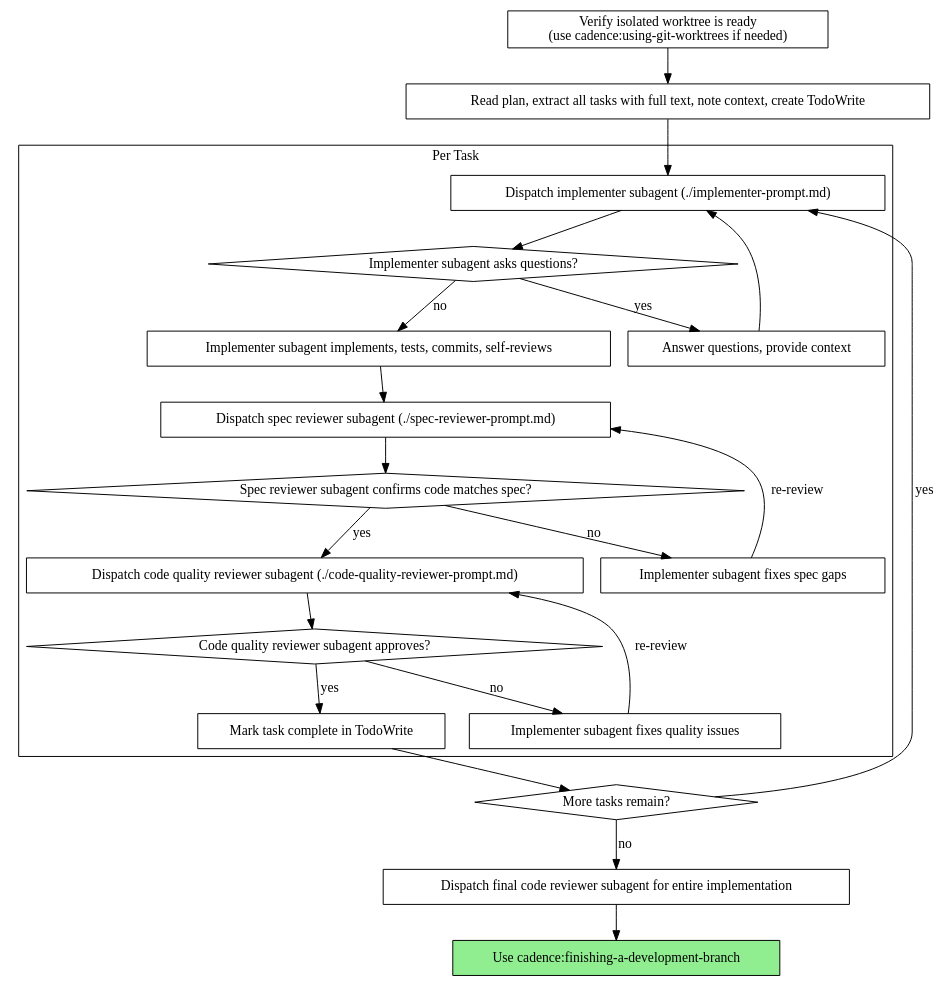
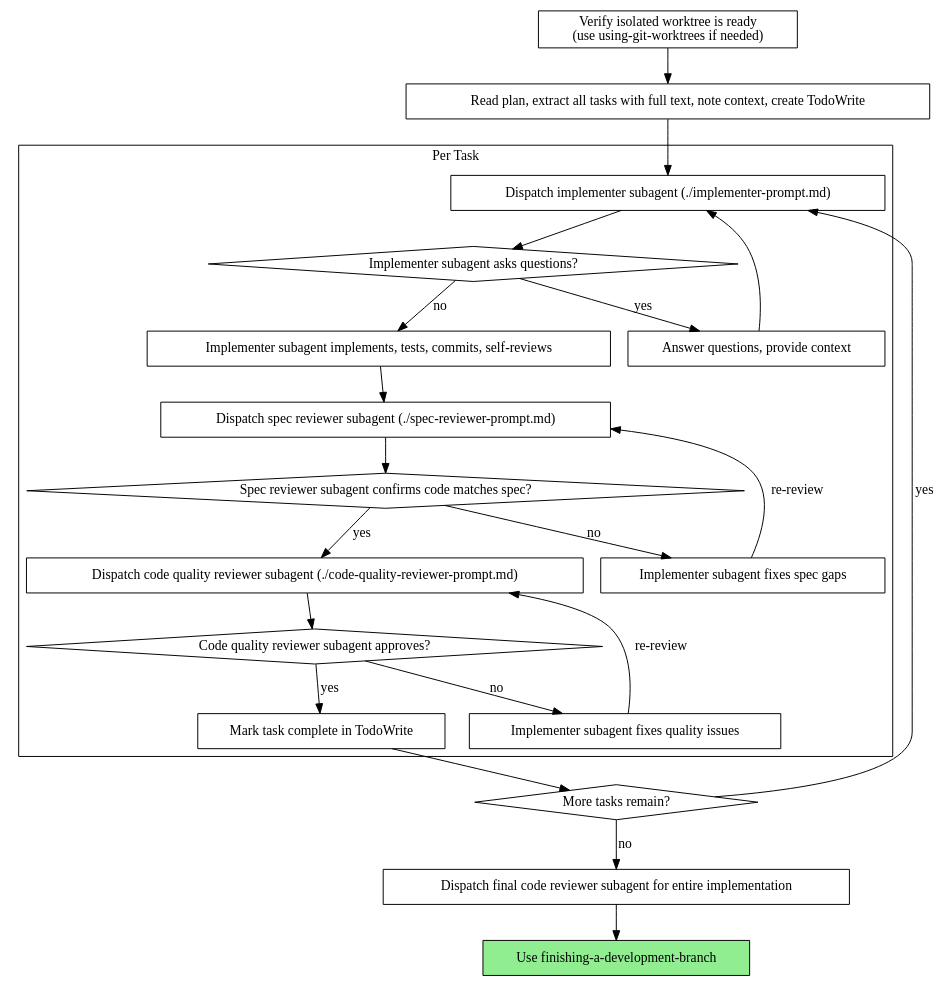
Before and after one commit to zephyrflow97/cadence: the second of 2 diagrams in skills/subagent-driven-development/SKILL.md, drawn with Graphviz. The commit also changed other lines of this file and 13 other files, not shown here.

````diff
--- a/skills/subagent-driven-development/SKILL.md
+++ b/skills/subagent-driven-development/SKILL.md
@@ -34,46 +34,46 @@
 ```dot
 digraph process {
     rankdir=TB;
 
     subgraph cluster_per_task {
         label="Per Task";
         "Dispatch implementer subagent (./implementer-prompt.md)" [shape=box];
         "Implementer subagent asks questions?" [shape=diamond];
         "Answer questions, provide context" [shape=box];
         "Implementer subagent implements, tests, commits, self-reviews" [shape=box];
         "Dispatch spec reviewer subagent (./spec-reviewer-prompt.md)" [shape=box];
         "Spec reviewer subagent confirms code matches spec?" [shape=diamond];
         "Implementer subagent fixes spec gaps" [shape=box];
         "Dispatch code quality reviewer subagent (./code-quality-reviewer-prompt.md)" [shape=box];
         "Code quality reviewer subagent approves?" [shape=diamond];
         "Implementer subagent fixes quality issues" [shape=box];
         "Mark task complete in TodoWrite" [shape=box];
     }
 
-    "Verify isolated worktree is ready\n(use cadence:using-git-worktrees if needed)" [shape=box];
+    "Verify isolated worktree is ready\n(use using-git-worktrees if needed)" [shape=box];
     "Read plan, extract all tasks with full text, note context, create TodoWrite" [shape=box];
     "More tasks remain?" [shape=diamond];
     "Dispatch final code reviewer subagent for entire implementation" [shape=box];
-    "Use cadence:finishing-a-development-branch" [shape=box style=filled fillcolor=lightgreen];
+    "Use finishing-a-development-branch" [shape=box style=filled fillcolor=lightgreen];
 
-    "Verify isolated worktree is ready\n(use cadence:using-git-worktrees if needed)" -> "Read plan, extract all tasks with full text, note context, create TodoWrite";
+    "Verify isolated worktree is ready\n(use using-git-worktrees if needed)" -> "Read plan, extract all tasks with full text, note context, create TodoWrite";
     "Read plan, extract all tasks with full text, note context, create TodoWrite" -> "Dispatch implementer subagent (./implementer-prompt.md)";
     "Dispatch implementer subagent (./implementer-prompt.md)" -> "Implementer subagent asks questions?";
     "Implementer subagent asks questions?" -> "Answer questions, provide context" [label="yes"];
     "Answer questions, provide context" -> "Dispatch implementer subagent (./implementer-prompt.md)";
     "Implementer subagent asks questions?" -> "Implementer subagent implements, tests, commits, self-reviews" [label="no"];
     "Implementer subagent implements, tests, commits, self-reviews" -> "Dispatch spec reviewer subagent (./spec-reviewer-prompt.md)";
     "Dispatch spec reviewer subagent (./spec-reviewer-prompt.md)" -> "Spec reviewer subagent confirms code matches spec?";
     "Spec reviewer subagent confirms code matches spec?" -> "Implementer subagent fixes spec gaps" [label="no"];
     "Implementer subagent fixes spec gaps" -> "Dispatch spec reviewer subagent (./spec-reviewer-prompt.md)" [label="re-review"];
     "Spec reviewer subagent confirms code matches spec?" -> "Dispatch code quality reviewer subagent (./code-quality-reviewer-prompt.md)" [label="yes"];
     "Dispatch code quality reviewer subagent (./code-quality-reviewer-prompt.md)" -> "Code quality reviewer subagent approves?";
     "Code quality reviewer subagent approves?" -> "Implementer subagent fixes quality issues" [label="no"];
     "Implementer subagent fixes quality issues" -> "Dispatch code quality reviewer subagent (./code-quality-reviewer-prompt.md)" [label="re-review"];
     "Code quality reviewer subagent approves?" -> "Mark task complete in TodoWrite" [label="yes"];
     "Mark task complete in TodoWrite" -> "More tasks remain?";
     "More tasks remain?" -> "Dispatch implementer subagent (./implementer-prompt.md)" [label="yes"];
     "More tasks remain?" -> "Dispatch final code reviewer subagent for entire implementation" [label="no"];
-    "Dispatch final code reviewer subagent for entire implementation" -> "Use cadence:finishing-a-development-branch";
+    "Dispatch final code reviewer subagent for entire implementation" -> "Use finishing-a-development-branch";
 }
 ```
````
